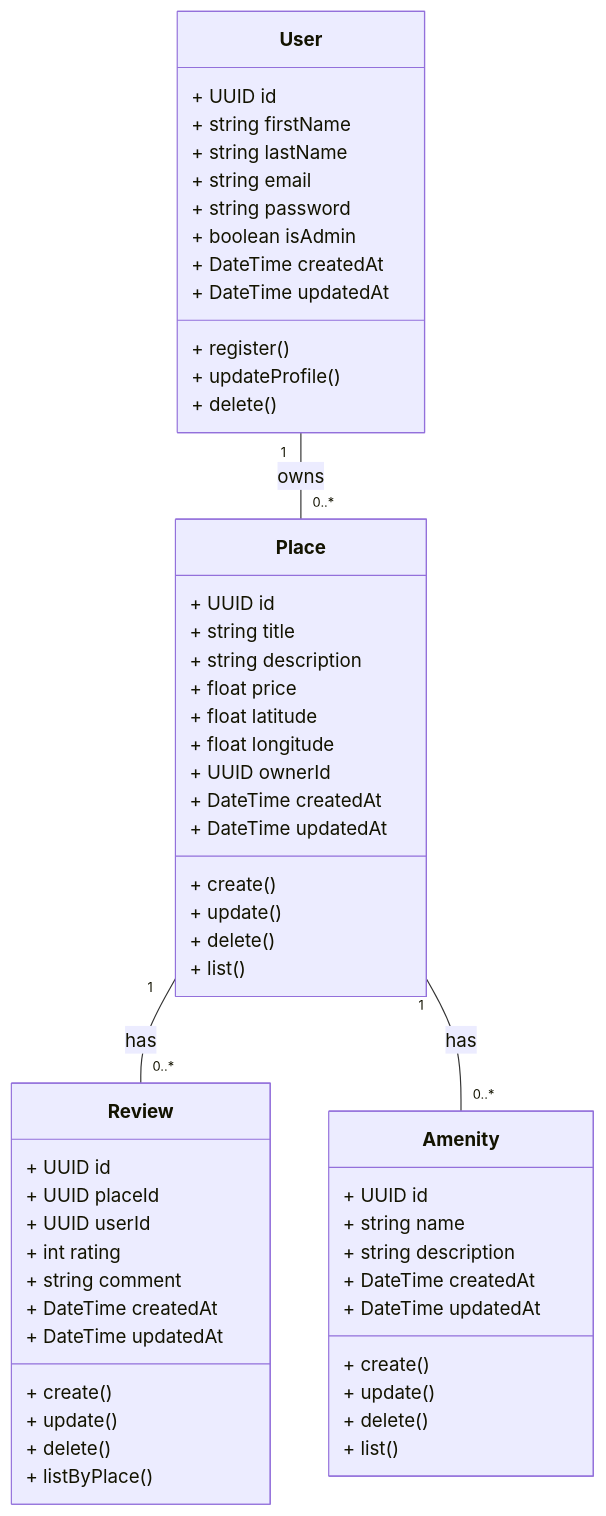
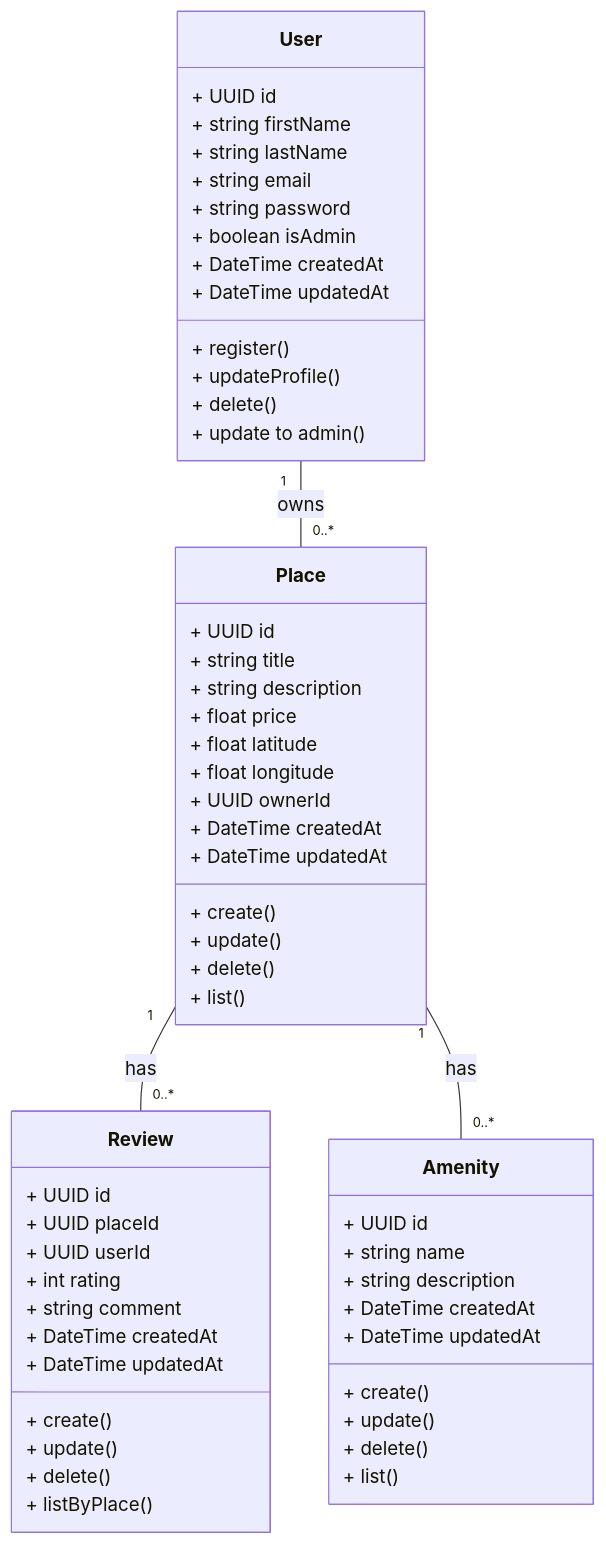
Before and after one commit to Maniok19/holbertonschool-hbnb: the diagram in ClassDiagram.mmd, drawn with Mermaid.

Commit message:
add method update_to_admin

```diff
--- a/ClassDiagram.mmd
+++ b/ClassDiagram.mmd
@@ -1,57 +1,58 @@
 classDiagram
   class User {
     + UUID id
     + string firstName
     + string lastName
     + string email
     + string password
     + boolean isAdmin
     + DateTime createdAt
     + DateTime updatedAt
     + register()
     + updateProfile()
     + delete()
+    + update to admin()
   }
   class Place {
     + UUID id
     + string title
     + string description
     + float price
     + float latitude
     + float longitude
     + UUID ownerId
     + DateTime createdAt
     + DateTime updatedAt
     + create()
     + update()
     + delete()
     + list()
   }
   class Review {
     + UUID id
     + UUID placeId
     + UUID userId
     + int rating
     + string comment
     + DateTime createdAt
     + DateTime updatedAt
     + create()
     + update()
     + delete()
     + listByPlace()
   }
   class Amenity {
     + UUID id
     + string name
     + string description
     + DateTime createdAt
     + DateTime updatedAt
     + create()
     + update()
     + delete()
     + list()
   }
 
   User "1" -- "0..*" Place : owns
   Place "1" -- "0..*" Review : has
   Place "1" -- "0..*" Amenity : has
```
